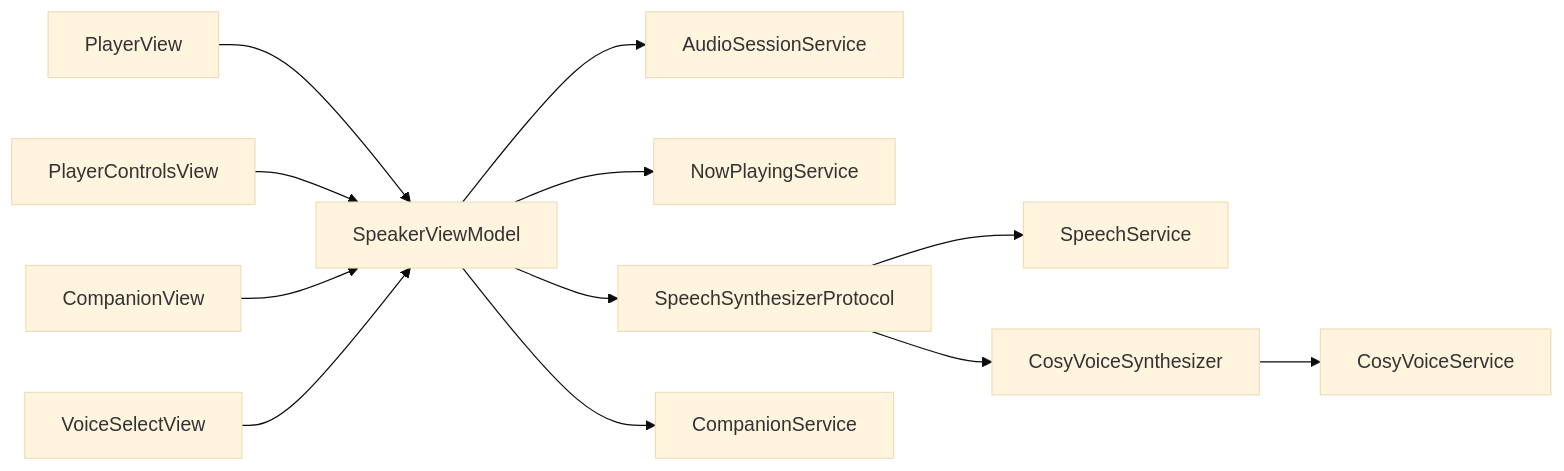
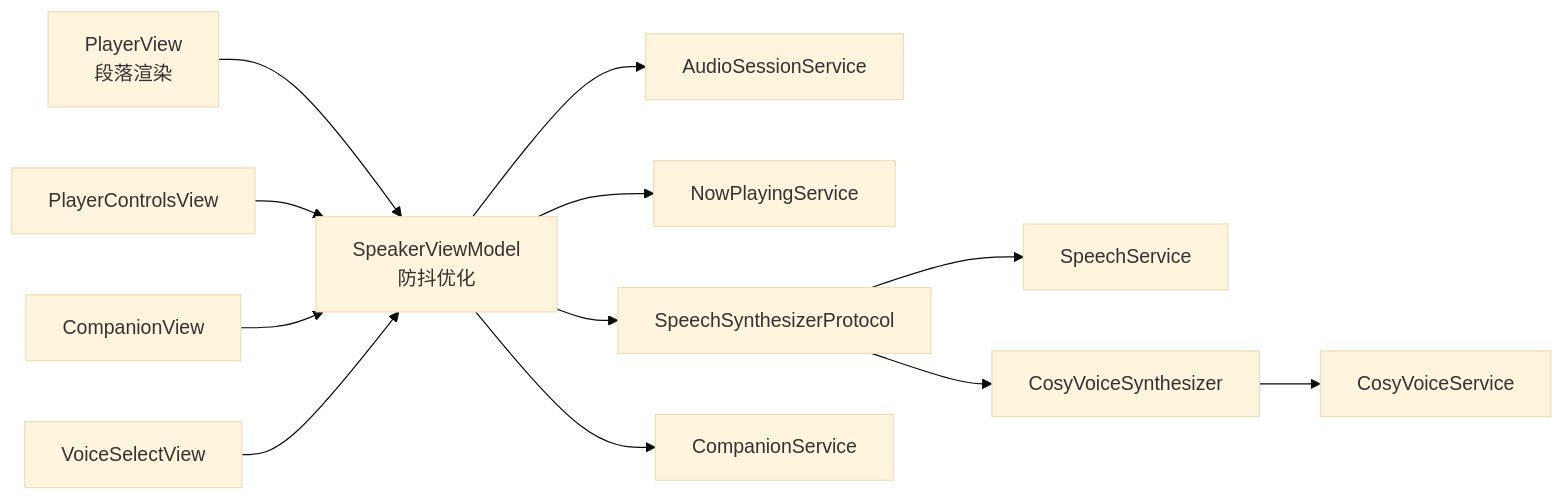
Before and after one commit to Primoguo/Knowledge: the ninth of 9 diagrams in .qoder/repowiki/zh/content/用户界面设计/播放器界面.md, drawn with Mermaid (base theme). The commit also changed other lines of this file and 52 other files, not shown here.

````diff
--- a/.qoder/repowiki/zh/content/用户界面设计/播放器界面.md
+++ b/.qoder/repowiki/zh/content/用户界面设计/播放器界面.md
@@ -484,14 +508,14 @@
 ```mermaid
 graph LR
-PV["PlayerView"] --> SVM["SpeakerViewModel"]
+PV["PlayerView<br/>段落渲染"] --> SVM["SpeakerViewModel<br/>防抖优化"]
 PCV["PlayerControlsView"] --> SVM
 CV["CompanionView"] --> SVM
 VSV["VoiceSelectView"] --> SVM
 SVM --> ASS["AudioSessionService"]
 SVM --> NPS["NowPlayingService"]
 SVM --> SSP["SpeechSynthesizerProtocol"]
 SVM --> CS["CompanionService"]
 SSP --> SS["SpeechService"]
 SSP --> CVS["CosyVoiceSynthesizer"]
 CVS --> CSV["CosyVoiceService"]
 ```
````
